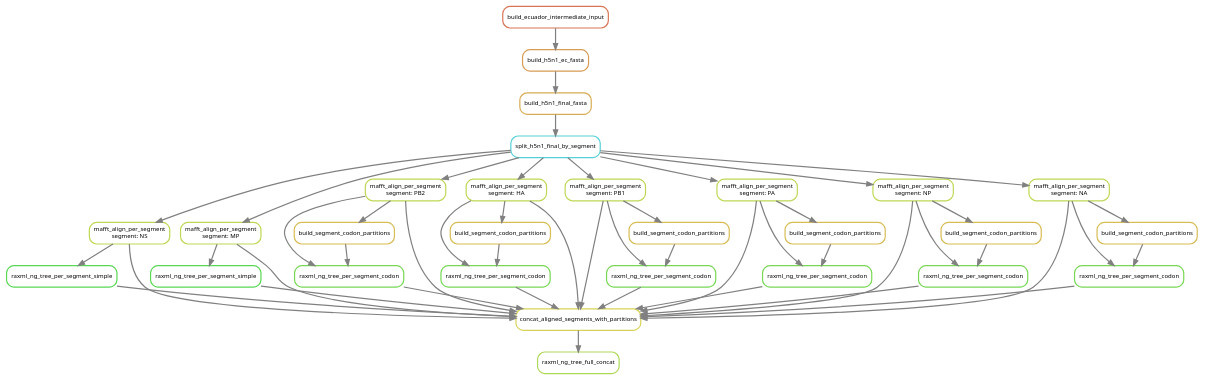
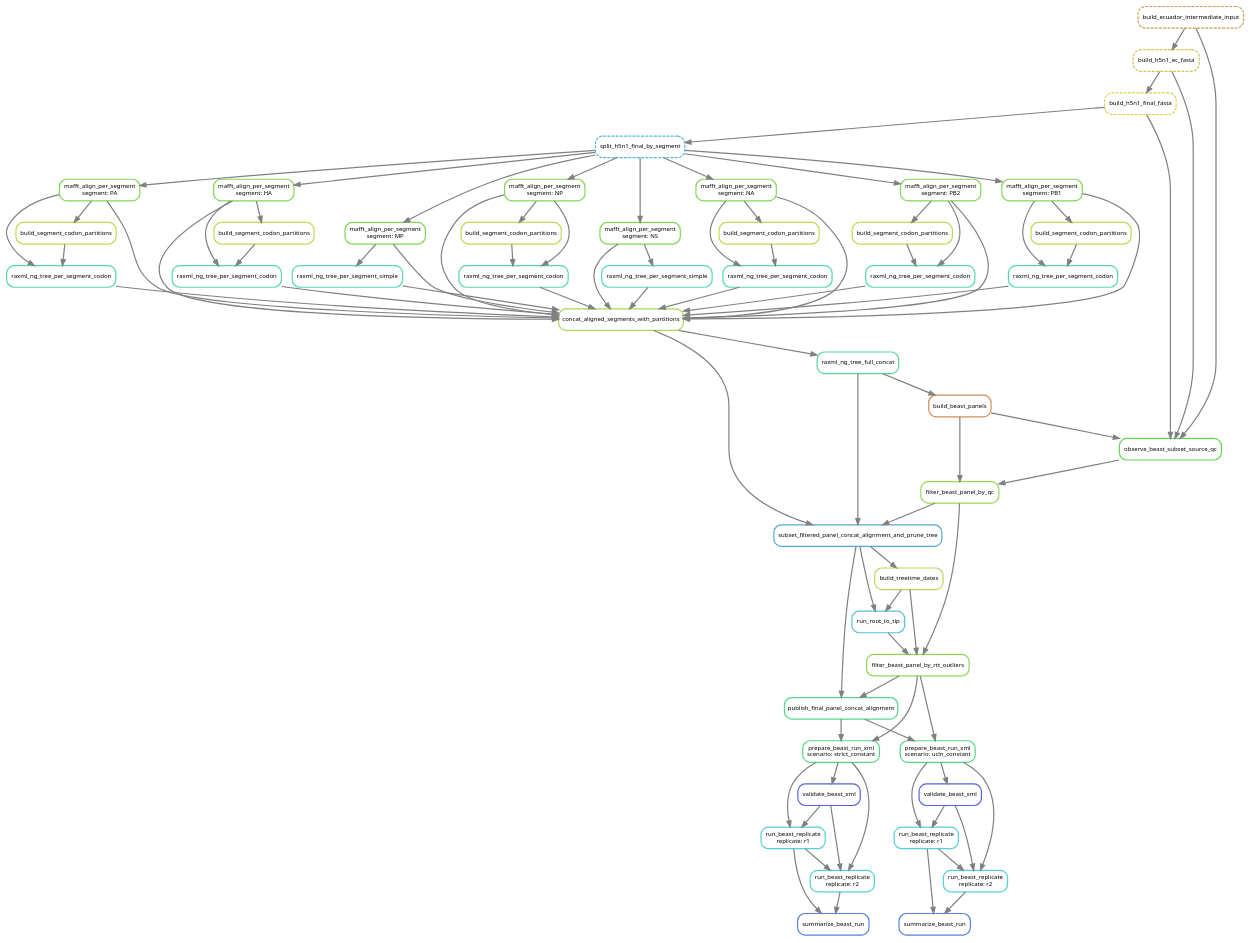
Before and after one commit to Sebysemily/Flu: the diagram in analysis/pipeline_dag.dot, drawn with Graphviz. The commit also changed 125 other files, not shown here.

```diff
--- a/analysis/pipeline_dag.dot
+++ b/analysis/pipeline_dag.dot
@@ -1,81 +1,137 @@
 digraph snakemake_dag {
     graph[bgcolor=white, margin=0];
     node[shape=box, style=rounded, fontname=sans,                 fontsize=10, penwidth=2];
     edge[penwidth=2, color=grey];
-	0[label = "build_h5n1_final_fasta", color = "0.11 0.6 0.85", style="rounded"];
-	1[label = "build_h5n1_ec_fasta", color = "0.09 0.6 0.85", style="rounded"];
-	2[label = "build_ecuador_intermediate_input", color = "0.04 0.6 0.85", style="rounded"];
-	3[label = "split_h5n1_final_by_segment", color = "0.51 0.6 0.85", style="rounded"];
-	4[label = "raxml_ng_tree_per_segment_simple", color = "0.33 0.6 0.85", style="rounded"];
-	5[label = "mafft_align_per_segment\nsegment: NS", color = "0.20 0.6 0.85", style="rounded"];
-	6[label = "raxml_ng_tree_per_segment_simple", color = "0.33 0.6 0.85", style="rounded"];
-	7[label = "mafft_align_per_segment\nsegment: MP", color = "0.20 0.6 0.85", style="rounded"];
-	8[label = "raxml_ng_tree_per_segment_codon", color = "0.29 0.6 0.85", style="rounded"];
-	9[label = "mafft_align_per_segment\nsegment: PB2", color = "0.20 0.6 0.85", style="rounded"];
-	10[label = "build_segment_codon_partitions", color = "0.13 0.6 0.85", style="rounded"];
-	11[label = "raxml_ng_tree_per_segment_codon", color = "0.29 0.6 0.85", style="rounded"];
-	12[label = "mafft_align_per_segment\nsegment: HA", color = "0.20 0.6 0.85", style="rounded"];
-	13[label = "build_segment_codon_partitions", color = "0.13 0.6 0.85", style="rounded"];
-	14[label = "concat_aligned_segments_with_partitions", color = "0.16 0.6 0.85", style="rounded"];
-	15[label = "mafft_align_per_segment\nsegment: PB1", color = "0.20 0.6 0.85", style="rounded"];
-	16[label = "mafft_align_per_segment\nsegment: PA", color = "0.20 0.6 0.85", style="rounded"];
-	17[label = "mafft_align_per_segment\nsegment: NP", color = "0.20 0.6 0.85", style="rounded"];
-	18[label = "mafft_align_per_segment\nsegment: NA", color = "0.20 0.6 0.85", style="rounded"];
-	19[label = "raxml_ng_tree_per_segment_codon", color = "0.29 0.6 0.85", style="rounded"];
-	20[label = "build_segment_codon_partitions", color = "0.13 0.6 0.85", style="rounded"];
-	21[label = "raxml_ng_tree_per_segment_codon", color = "0.29 0.6 0.85", style="rounded"];
-	22[label = "build_segment_codon_partitions", color = "0.13 0.6 0.85", style="rounded"];
-	23[label = "raxml_ng_tree_per_segment_codon", color = "0.29 0.6 0.85", style="rounded"];
-	24[label = "build_segment_codon_partitions", color = "0.13 0.6 0.85", style="rounded"];
-	25[label = "raxml_ng_tree_per_segment_codon", color = "0.29 0.6 0.85", style="rounded"];
-	26[label = "build_segment_codon_partitions", color = "0.13 0.6 0.85", style="rounded"];
-	27[label = "raxml_ng_tree_full_concat", color = "0.22 0.6 0.85", style="rounded"];
-	1 -> 0
+	1[label = "summarize_beast_run", color = "0.61 0.6 0.85", style="rounded"];
+	2[label = "run_beast_replicate\nreplicate: r1", color = "0.51 0.6 0.85", style="rounded"];
+	3[label = "prepare_beast_run_xml\nscenario: strict_constant", color = "0.39 0.6 0.85", style="rounded"];
+	4[label = "filter_beast_panel_by_rtt_outliers", color = "0.26 0.6 0.85", style="rounded"];
+	5[label = "filter_beast_panel_by_qc", color = "0.25 0.6 0.85", style="rounded"];
+	6[label = "build_beast_panels", color = "0.07 0.6 0.85", style="rounded"];
+	7[label = "raxml_ng_tree_full_concat", color = "0.42 0.6 0.85", style="rounded"];
+	8[label = "concat_aligned_segments_with_partitions", color = "0.23 0.6 0.85", style="rounded"];
+	9[label = "mafft_align_per_segment\nsegment: PB2", color = "0.28 0.6 0.85", style="rounded"];
+	10[label = "split_h5n1_final_by_segment", color = "0.54 0.6 0.85", style="rounded,dashed"];
+	11[label = "build_h5n1_final_fasta", color = "0.16 0.6 0.85", style="rounded,dashed"];
+	12[label = "build_h5n1_ec_fasta", color = "0.14 0.6 0.85", style="rounded,dashed"];
+	13[label = "build_ecuador_intermediate_input", color = "0.09 0.6 0.85", style="rounded,dashed"];
+	14[label = "mafft_align_per_segment\nsegment: PB1", color = "0.28 0.6 0.85", style="rounded"];
+	15[label = "mafft_align_per_segment\nsegment: PA", color = "0.28 0.6 0.85", style="rounded"];
+	16[label = "mafft_align_per_segment\nsegment: HA", color = "0.28 0.6 0.85", style="rounded"];
+	17[label = "mafft_align_per_segment\nsegment: NP", color = "0.28 0.6 0.85", style="rounded"];
+	18[label = "mafft_align_per_segment\nsegment: NA", color = "0.28 0.6 0.85", style="rounded"];
+	19[label = "mafft_align_per_segment\nsegment: MP", color = "0.28 0.6 0.85", style="rounded"];
+	20[label = "mafft_align_per_segment\nsegment: NS", color = "0.28 0.6 0.85", style="rounded"];
+	21[label = "raxml_ng_tree_per_segment_codon", color = "0.44 0.6 0.85", style="rounded"];
+	22[label = "build_segment_codon_partitions", color = "0.19 0.6 0.85", style="rounded"];
+	23[label = "raxml_ng_tree_per_segment_codon", color = "0.44 0.6 0.85", style="rounded"];
+	24[label = "build_segment_codon_partitions", color = "0.19 0.6 0.85", style="rounded"];
+	25[label = "raxml_ng_tree_per_segment_codon", color = "0.44 0.6 0.85", style="rounded"];
+	26[label = "build_segment_codon_partitions", color = "0.19 0.6 0.85", style="rounded"];
+	27[label = "raxml_ng_tree_per_segment_codon", color = "0.44 0.6 0.85", style="rounded"];
+	28[label = "build_segment_codon_partitions", color = "0.19 0.6 0.85", style="rounded"];
+	29[label = "raxml_ng_tree_per_segment_codon", color = "0.44 0.6 0.85", style="rounded"];
+	30[label = "build_segment_codon_partitions", color = "0.19 0.6 0.85", style="rounded"];
+	31[label = "raxml_ng_tree_per_segment_codon", color = "0.44 0.6 0.85", style="rounded"];
+	32[label = "build_segment_codon_partitions", color = "0.19 0.6 0.85", style="rounded"];
+	33[label = "raxml_ng_tree_per_segment_simple", color = "0.46 0.6 0.85", style="rounded"];
+	34[label = "raxml_ng_tree_per_segment_simple", color = "0.46 0.6 0.85", style="rounded"];
+	35[label = "observe_beast_subset_source_qc", color = "0.32 0.6 0.85", style="rounded"];
+	36[label = "run_root_to_tip", color = "0.53 0.6 0.85", style="rounded"];
+	37[label = "subset_filtered_panel_concat_alignment_and_prune_tree", color = "0.56 0.6 0.85", style="rounded"];
+	38[label = "build_treetime_dates", color = "0.21 0.6 0.85", style="rounded"];
+	39[label = "publish_final_panel_concat_alignment", color = "0.40 0.6 0.85", style="rounded"];
+	40[label = "validate_beast_xml", color = "0.65 0.6 0.85", style="rounded"];
+	41[label = "run_beast_replicate\nreplicate: r2", color = "0.51 0.6 0.85", style="rounded"];
+	42[label = "summarize_beast_run", color = "0.61 0.6 0.85", style="rounded"];
+	43[label = "run_beast_replicate\nreplicate: r1", color = "0.51 0.6 0.85", style="rounded"];
+	44[label = "prepare_beast_run_xml\nscenario: ucln_constant", color = "0.39 0.6 0.85", style="rounded"];
+	45[label = "validate_beast_xml", color = "0.65 0.6 0.85", style="rounded"];
+	46[label = "run_beast_replicate\nreplicate: r2", color = "0.51 0.6 0.85", style="rounded"];
 	2 -> 1
-	0 -> 3
+	41 -> 1
+	3 -> 2
+	40 -> 2
+	4 -> 3
+	39 -> 3
 	5 -> 4
-	3 -> 5
+	36 -> 4
+	38 -> 4
+	6 -> 5
+	35 -> 5
 	7 -> 6
-	3 -> 7
+	8 -> 7
 	9 -> 8
-	10 -> 8
-	3 -> 9
-	9 -> 10
+	14 -> 8
+	15 -> 8
+	16 -> 8
+	17 -> 8
+	18 -> 8
+	19 -> 8
+	20 -> 8
+	21 -> 8
+	23 -> 8
+	25 -> 8
+	27 -> 8
+	29 -> 8
+	31 -> 8
+	33 -> 8
+	34 -> 8
+	10 -> 9
+	11 -> 10
 	12 -> 11
-	13 -> 11
-	3 -> 12
-	12 -> 13
-	9 -> 14
-	15 -> 14
-	16 -> 14
-	12 -> 14
-	17 -> 14
-	18 -> 14
-	7 -> 14
-	5 -> 14
-	8 -> 14
-	19 -> 14
-	21 -> 14
-	11 -> 14
-	23 -> 14
-	25 -> 14
-	6 -> 14
-	4 -> 14
-	3 -> 15
-	3 -> 16
-	3 -> 17
-	3 -> 18
-	15 -> 19
-	20 -> 19
-	15 -> 20
-	16 -> 21
+	13 -> 12
+	10 -> 14
+	10 -> 15
+	10 -> 16
+	10 -> 17
+	10 -> 18
+	10 -> 19
+	10 -> 20
+	9 -> 21
 	22 -> 21
-	16 -> 22
-	17 -> 23
+	9 -> 22
+	14 -> 23
 	24 -> 23
-	17 -> 24
-	18 -> 25
+	14 -> 24
+	15 -> 25
 	26 -> 25
-	18 -> 26
-	14 -> 27
+	15 -> 26
+	16 -> 27
+	28 -> 27
+	16 -> 28
+	17 -> 29
+	30 -> 29
+	17 -> 30
+	18 -> 31
+	32 -> 31
+	18 -> 32
+	19 -> 33
+	20 -> 34
+	11 -> 35
+	6 -> 35
+	12 -> 35
+	13 -> 35
+	37 -> 36
+	38 -> 36
+	8 -> 37
+	7 -> 37
+	5 -> 37
+	37 -> 38
+	37 -> 39
+	4 -> 39
+	3 -> 40
+	3 -> 41
+	40 -> 41
+	2 -> 41
+	43 -> 42
+	46 -> 42
+	44 -> 43
+	45 -> 43
+	4 -> 44
+	39 -> 44
+	44 -> 45
+	44 -> 46
+	45 -> 46
+	43 -> 46
 }            
```
